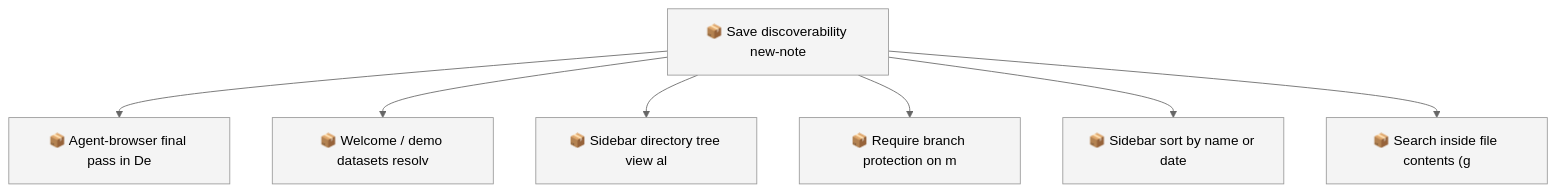
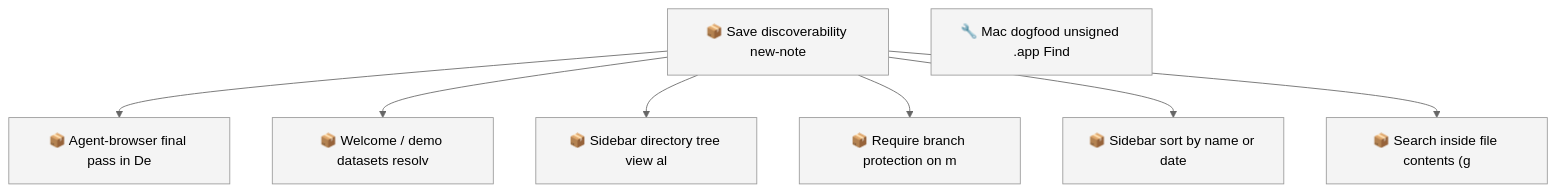
Before and after one commit to SpillwaveSolutions/motion: the first of 2 diagrams in docs/roadmap.md, drawn with Mermaid (neutral theme). The commit also changed other lines of this file and 47 other files, not shown here.

````diff
--- a/docs/roadmap.md
+++ b/docs/roadmap.md
@@ -48,18 +62,19 @@
 ```mermaid
 graph TD
     01KYQYYN3SBWDT25TC6H3G4EAA["📦 Save discoverability new-note"]
     01KYQYYN3T2SSGG33ESEWPXKH8["📦 Agent-browser final pass in De"]
     01KYQYYN3T3VB8RCTMJJ13FK2H["📦 Welcome / demo datasets resolv"]
     01KYQYYN3T5W49QH05WCCYX7CE["📦 Sidebar directory tree view al"]
     01KYQYYN3T731B57N8NXQ8C0FQ["📦 Require branch protection on m"]
     01KYQYYN3TA69K8848E483HC82["📦 Sidebar sort by name or date"]
     01KYQYYN3TKW93D9SVW07VKFZY["📦 Search inside file contents (g"]
+    01M18Q560MPAYQJTA0W6F4DAW3["🔧 Mac dogfood unsigned .app Find"]
     01KYQYYN3SBWDT25TC6H3G4EAA --> 01KYQYYN3T2SSGG33ESEWPXKH8
     01KYQYYN3SBWDT25TC6H3G4EAA --> 01KYQYYN3T3VB8RCTMJJ13FK2H
     01KYQYYN3SBWDT25TC6H3G4EAA --> 01KYQYYN3T5W49QH05WCCYX7CE
     01KYQYYN3SBWDT25TC6H3G4EAA --> 01KYQYYN3T731B57N8NXQ8C0FQ
     01KYQYYN3SBWDT25TC6H3G4EAA --> 01KYQYYN3TA69K8848E483HC82
     01KYQYYN3SBWDT25TC6H3G4EAA --> 01KYQYYN3TKW93D9SVW07VKFZY
     classDef todo fill:#f4f4f4,stroke:#999999
-    class 01KYQYYN3SBWDT25TC6H3G4EAA,01KYQYYN3T2SSGG33ESEWPXKH8,01KYQYYN3T3VB8RCTMJJ13FK2H,01KYQYYN3T5W49QH05WCCYX7CE,01KYQYYN3T731B57N8NXQ8C0FQ,01KYQYYN3TA69K8848E483HC82,01KYQYYN3TKW93D9SVW07VKFZY todo
+    class 01KYQYYN3SBWDT25TC6H3G4EAA,01KYQYYN3T2SSGG33ESEWPXKH8,01KYQYYN3T3VB8RCTMJJ13FK2H,01KYQYYN3T5W49QH05WCCYX7CE,01KYQYYN3T731B57N8NXQ8C0FQ,01KYQYYN3TA69K8848E483HC82,01KYQYYN3TKW93D9SVW07VKFZY,01M18Q560MPAYQJTA0W6F4DAW3 todo
 ```
````
